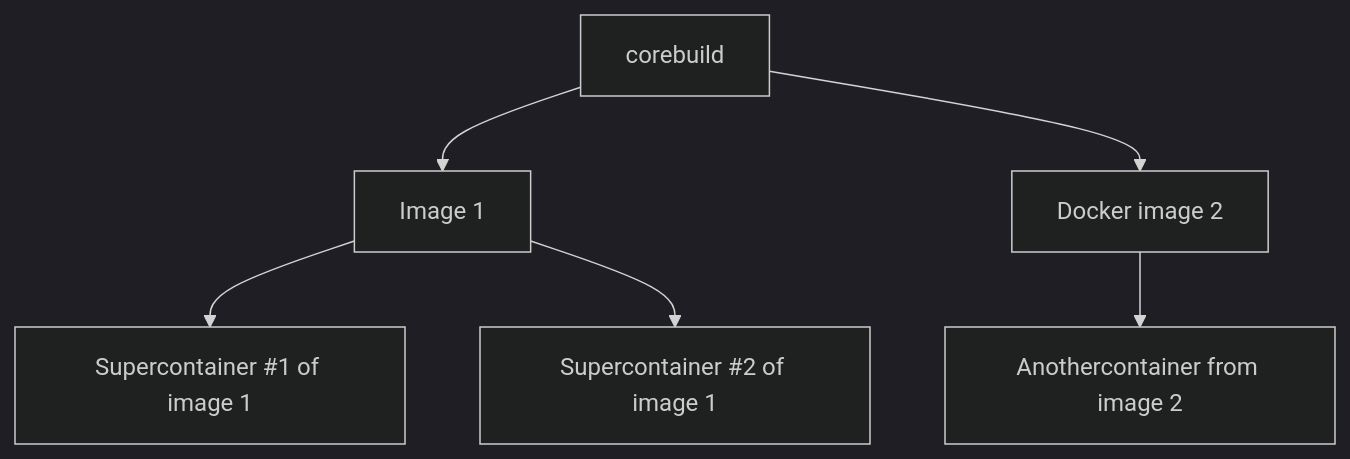
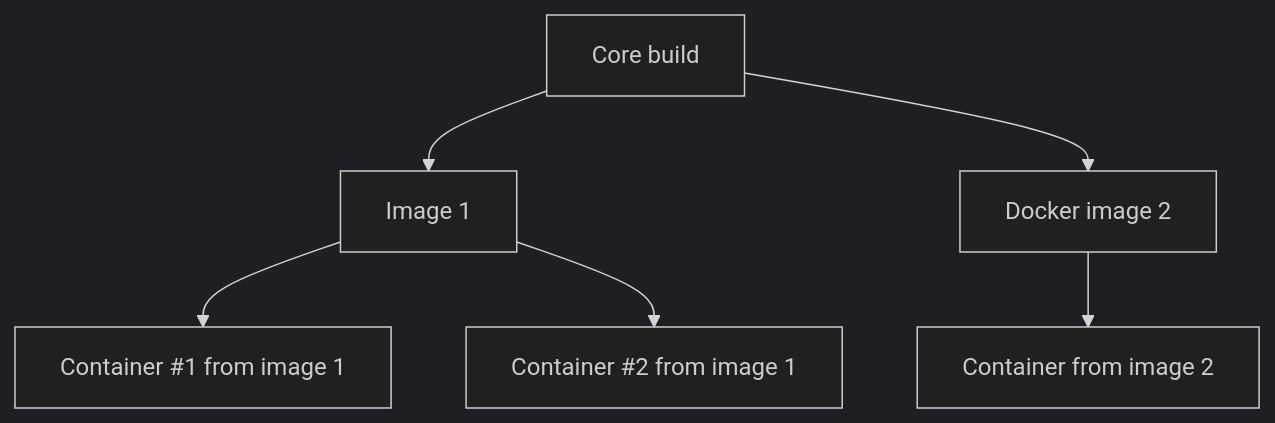
The diagram in content/docs/guide/running-rf-swift.md (PentHertz/rfswift-doc-v2), drawn with Mermaid (dark theme) before and after one commit. The commit also changed other lines of this file, not shown here.

````diff
--- a/content/docs/guide/running-rf-swift.md
+++ b/content/docs/guide/running-rf-swift.md
@@ -213,9 +295,8 @@
 ```mermaid
 graph TD;
-    A[corebuild]-->B[Image 1];
+    A[Core build]-->B[Image 1];
     A-->C[Docker image 2];
-    B-->D[Supercontainer #1 of image 1];
-    B-->E[Supercontainer #2 of image 1];
-    C-->F[Anothercontainer from image 2]
-  
+    B-->D[Container #1 from image 1];
+    B-->E[Container #2 from image 1];
+    C-->F[Container from image 2]
 ```
````
